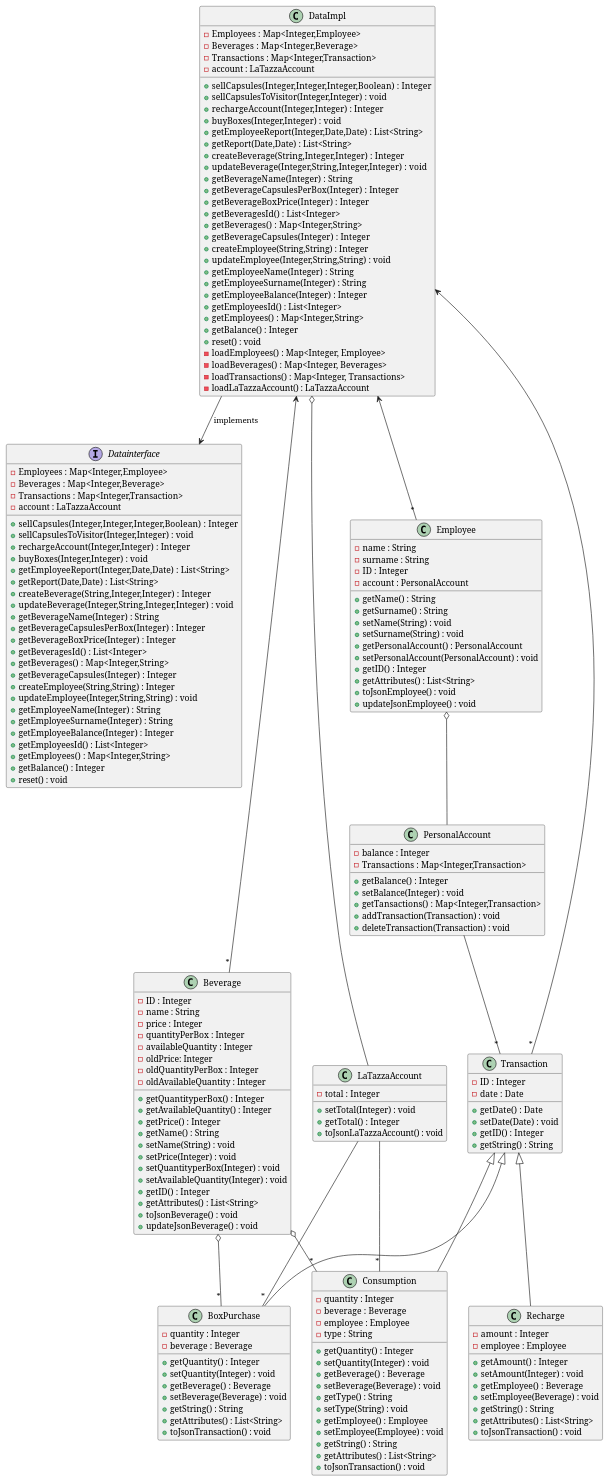
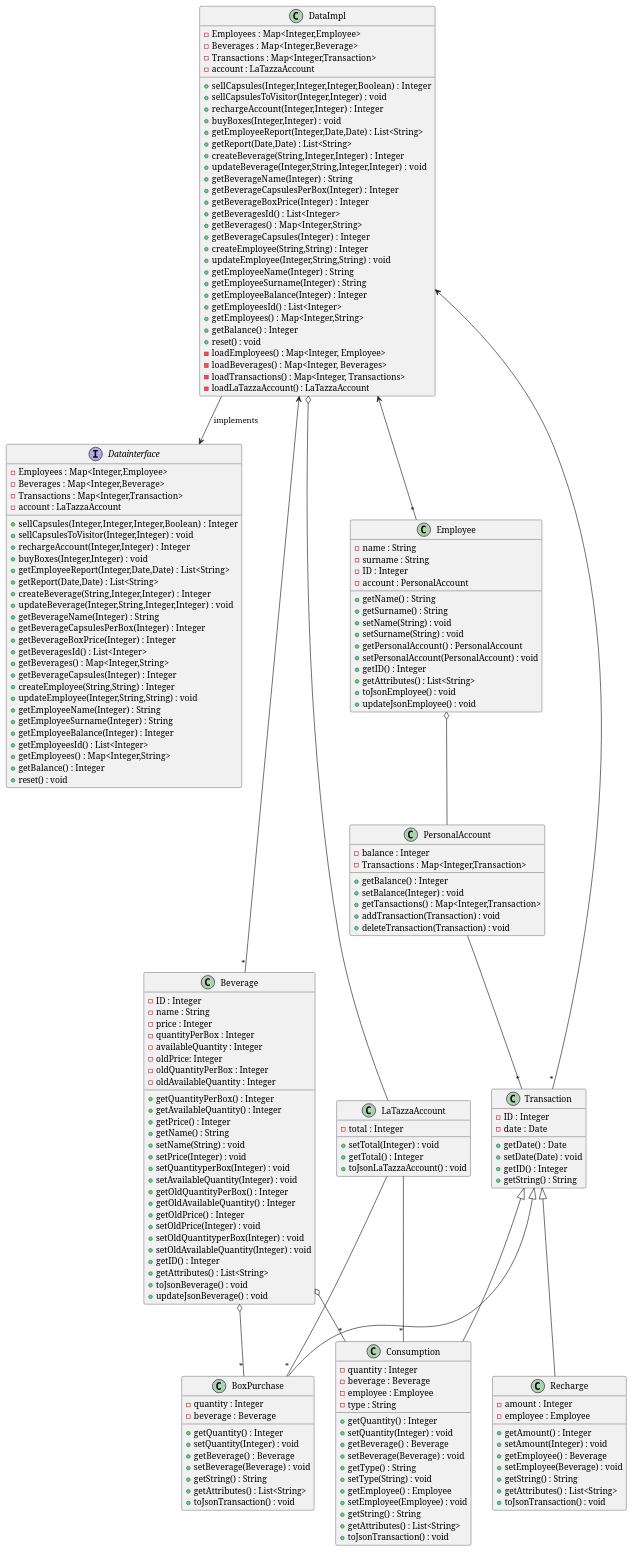
Before and after one commit to salvatore-dimartino/LaTazza: the third of 7 diagrams in templates/DesignDocumentTemplate.md, drawn with PlantUML.

```diff
--- a/templates/DesignDocumentTemplate.md
+++ b/templates/DesignDocumentTemplate.md
@@ -188,7 +188,7 @@
     -oldAvailableQuantity : Integer
     
     
-    +getQuantityperBox() : Integer
+    +getQuantityPerBox() : Integer
     +getAvailableQuantity() : Integer
     +getPrice() : Integer
     +getName() : String
@@ -196,6 +196,12 @@
     +setPrice(Integer) : void
     +setQuantityperBox(Integer) : void
     +setAvailableQuantity(Integer) : void
+    +getOldQuantityPerBox() : Integer
+    +getOldAvailableQuantity() : Integer
+    +getOldPrice() : Integer
+    +setOldPrice(Integer) : void
+    +setOldQuantityperBox(Integer) : void
+    +setOldAvailableQuantity(Integer) : void
     +getID() : Integer
     +getAttributes() : List<String>
     +toJsonBeverage() : void
```
